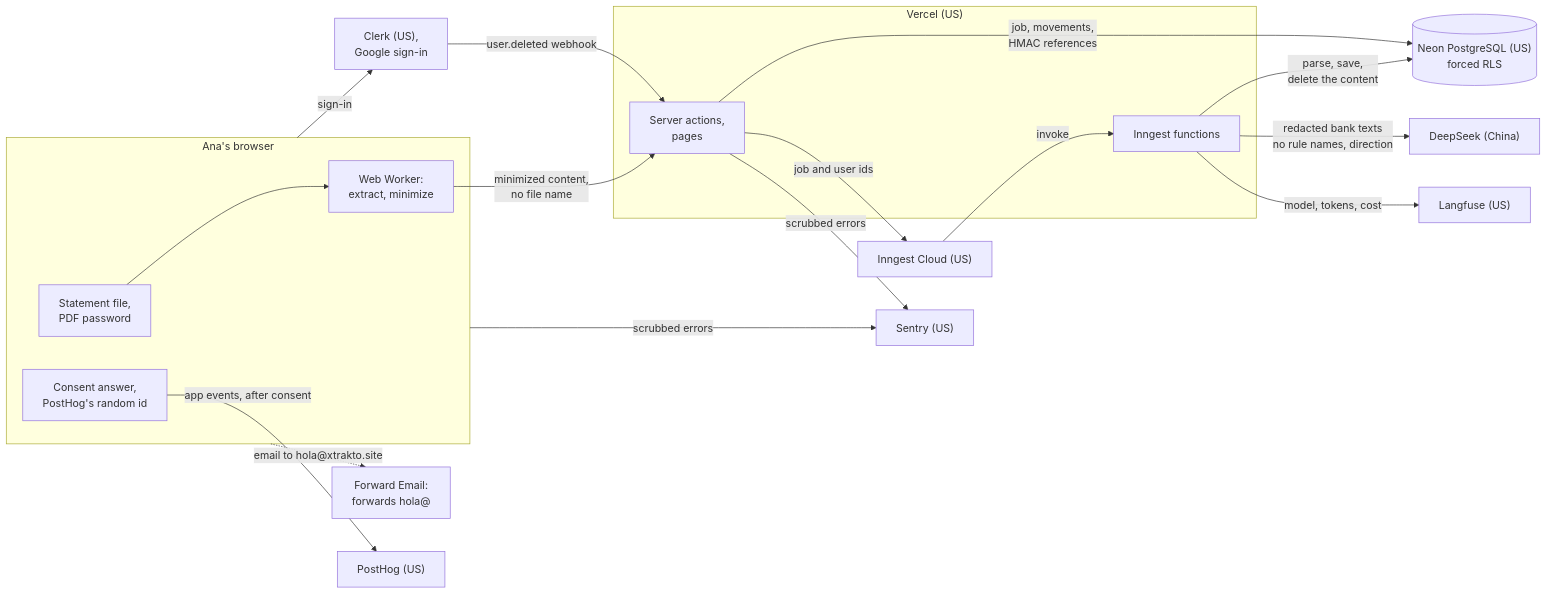
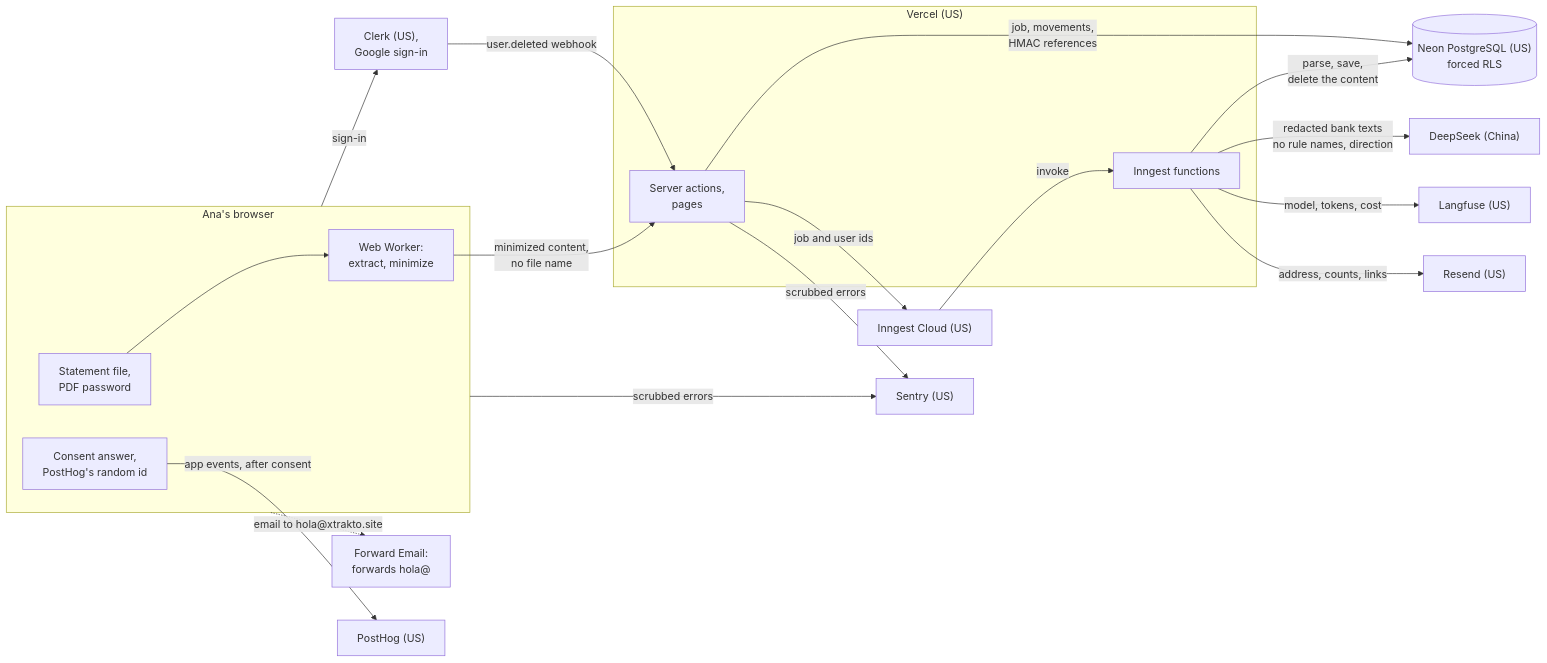
The diagram in docs/data-flow.md (ingcarlostello/xtrakto), drawn with Mermaid before and after one commit. The commit also changed other lines of this file and 7 other files, not shown here.

````diff
--- a/docs/data-flow.md
+++ b/docs/data-flow.md
@@ -7,35 +7,37 @@
 ```mermaid
 flowchart LR
     subgraph Browser["Ana's browser"]
         F["Statement file,<br/>PDF password"]
         W["Web Worker:<br/>extract, minimize"]
         C["Consent answer,<br/>PostHog's random id"]
         F --> W
     end
     subgraph Vercel["Vercel (US)"]
         S["Server actions,<br/>pages"]
         J["Inngest functions"]
     end
     DB[("Neon PostgreSQL (US)<br/>forced RLS")]
     I["Inngest Cloud (US)"]
     K["Clerk (US),<br/>Google sign-in"]
     SE["Sentry (US)"]
     PH["PostHog (US)"]
     DS["DeepSeek (China)"]
     LF["Langfuse (US)"]
+    RS["Resend (US)"]
     H["Forward Email:<br/>forwards hola@"]
 
     W -- "minimized content,<br/>no file name" --> S
     S -- "job, movements,<br/>HMAC references" --> DB
     S -- "job and user ids" --> I
     I -- "invoke" --> J
     J -- "parse, save,<br/>delete the content" --> DB
     J -- "redacted bank texts<br/>no rule names, direction" --> DS
     J -- "model, tokens, cost" --> LF
+    J -- "address, counts, links" --> RS
     Browser -- "sign-in" --> K
     K -- "user.deleted webhook" --> S
     Browser -- "scrubbed errors" --> SE
     S -- "scrubbed errors" --> SE
     C -- "app events, after consent" --> PH
     Browser -. "email to hola@xtrakto.site" .-> H
 ```
````
